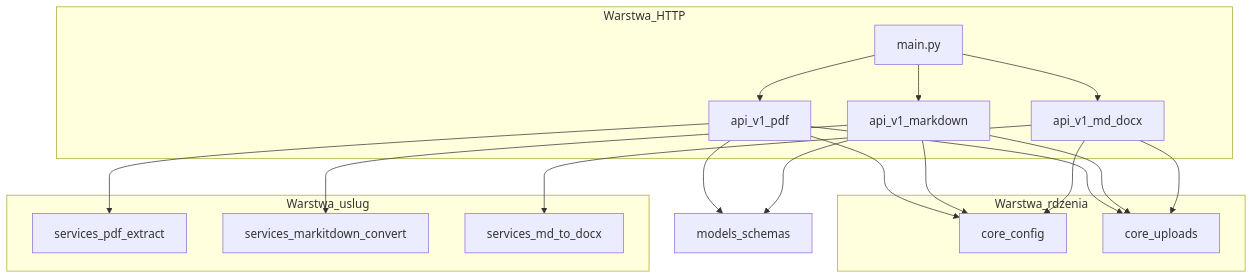
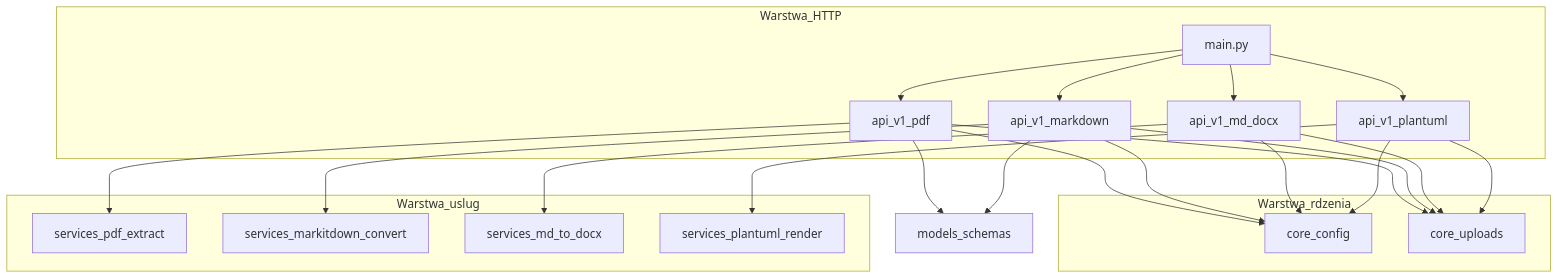
The first of 2 diagrams in app/docs/architecture.md (jbienko1/utils-service), drawn with Mermaid before and after one commit. The commit also changed other lines of this file and 18 other files, not shown here.

Commit message:
PlantUML picture generation added

````diff
--- a/app/docs/architecture.md
+++ b/app/docs/architecture.md
@@ -27,32 +29,38 @@
 ```mermaid
 flowchart TB
   subgraph http [Warstwa_HTTP]
     main[main.py]
     r_pdf[api_v1_pdf]
     r_md[api_v1_markdown]
     r_docx[api_v1_md_docx]
+    r_puml[api_v1_plantuml]
   end
   subgraph core [Warstwa_rdzenia]
     cfg[core_config]
     upl[core_uploads]
   end
   subgraph svc [Warstwa_uslug]
     pdfx[services_pdf_extract]
     mdc[services_markitdown_convert]
     pandoc[services_md_to_docx]
+    puml[services_plantuml_render]
   end
   main --> r_pdf
   main --> r_md
   main --> r_docx
+  main --> r_puml
   r_pdf --> cfg
   r_pdf --> upl
   r_pdf --> pdfx
   r_md --> cfg
   r_md --> upl
   r_md --> mdc
   r_docx --> cfg
   r_docx --> upl
   r_docx --> pandoc
+  r_puml --> cfg
+  r_puml --> upl
+  r_puml --> puml
   r_pdf --> schemas[models_schemas]
   r_md --> schemas
 ```
````
